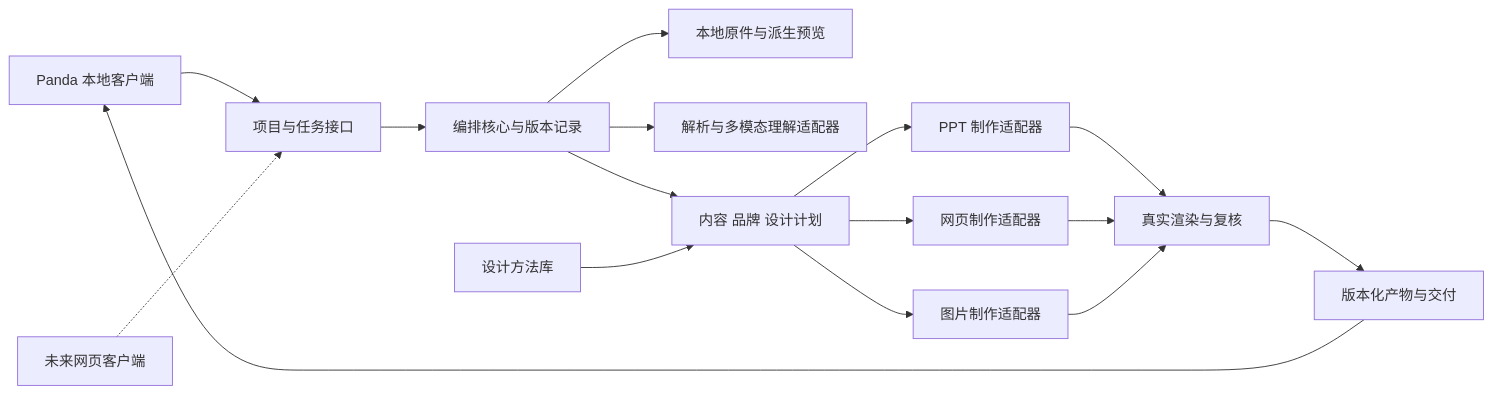
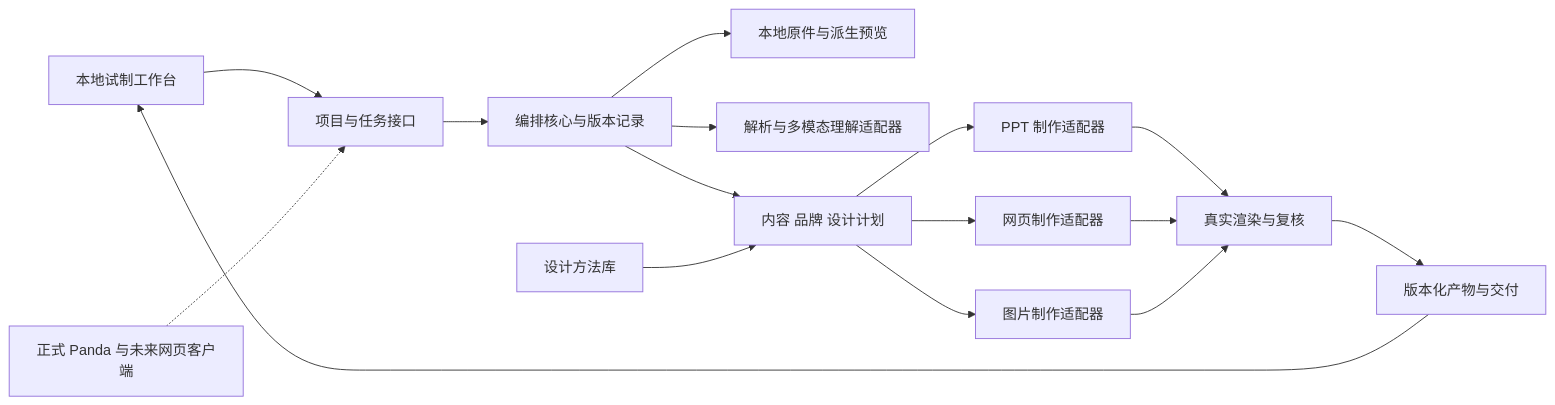
The diagram in docs/架构与客户端接入.md (yxb1187851322-ship-it/panda-presentation-studio), drawn with Mermaid before and after one commit. The commit also changed other lines of this file and 20 other files, not shown here.

````diff
--- a/docs/架构与客户端接入.md
+++ b/docs/架构与客户端接入.md
@@ -20,18 +26,18 @@
 ```mermaid
 flowchart LR
-  Client[Panda 本地客户端] --> API[项目与任务接口]
-  Future[未来网页客户端] -.-> API
+  Client[本地试制工作台] --> API[项目与任务接口]
+  Future[正式 Panda 与未来网页客户端] -.-> API
   API --> Core[编排核心与版本记录]
   Core --> Assets[本地原件与派生预览]
   Core --> Understand[解析与多模态理解适配器]
   Core --> Plan[内容  品牌  设计计划]
   Library[设计方法库] --> Plan
   Plan --> PPT[PPT 制作适配器]
   Plan --> Web[网页制作适配器]
   Plan --> Images[图片制作适配器]
   PPT --> Review[真实渲染与复核]
   Web --> Review
   Images --> Review
   Review --> Artifacts[版本化产物与交付]
   Artifacts --> Client
 ```
````
